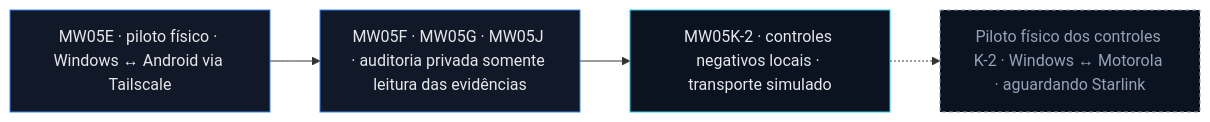
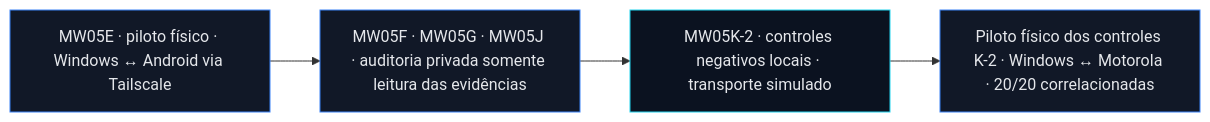
One commit to gutembergpb27/Termux-nexus changed the diagram in docs/NEXUS_V2700_MULTIWAN_05_SERIES_PT.md. Above: the diagram before and after it, drawn with Mermaid. The commit also changed other lines of this file and 7 other files, not shown here.

First line of the commit message:
docs(v2700): document MW05K-2 physical Windows-Motorola pilot

````diff
--- a/docs/NEXUS_V2700_MULTIWAN_05_SERIES_PT.md
+++ b/docs/NEXUS_V2700_MULTIWAN_05_SERIES_PT.md
@@ -40,15 +42,13 @@
 ```mermaid
 flowchart LR
     E["MW05E · piloto físico · Windows ↔ Android via Tailscale"]
     FGJ["MW05F · MW05G · MW05J · auditoria privada somente leitura das evidências"]
     K2["MW05K-2 · controles negativos locais · transporte simulado"]
-    P["Piloto físico dos controles K-2 · Windows ↔ Motorola · aguardando Starlink"]
-    E --> FGJ --> K2 -.-> P
+    P["Piloto físico dos controles K-2 · Windows ↔ Motorola · 20/20 correlacionadas"]
+    E --> FGJ --> K2 --> P
 
     classDef done fill:#111827,stroke:#3B82F6,color:#E5E7EB
     classDef local fill:#0B1220,stroke:#22D3EE,color:#E5E7EB
-    classDef pending fill:#0B1220,stroke:#94A3B8,color:#94A3B8,stroke-dasharray:4 3
-    class E,FGJ done
+    class E,FGJ,P done
     class K2 local
-    class P pending
 ```
````
